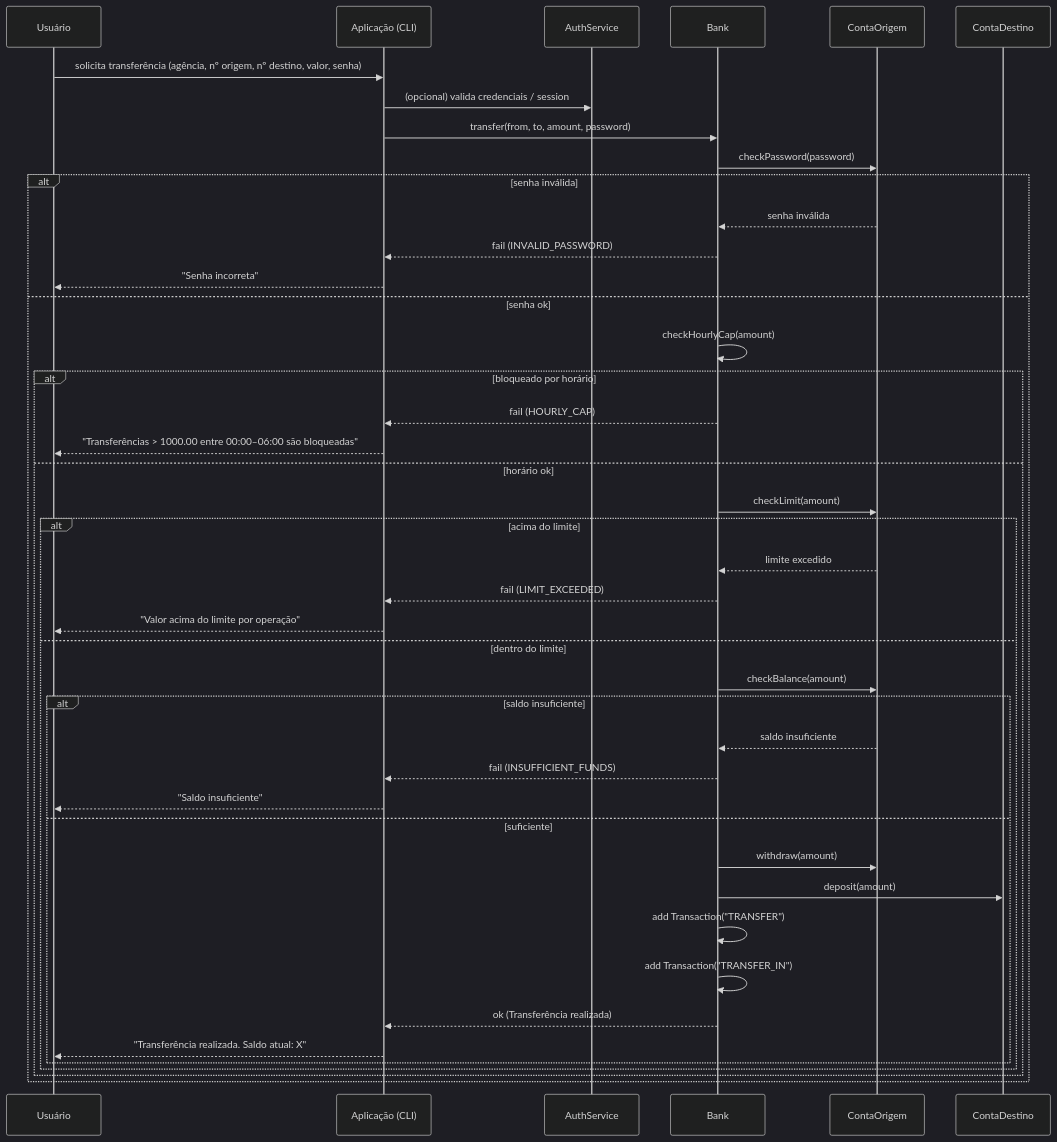
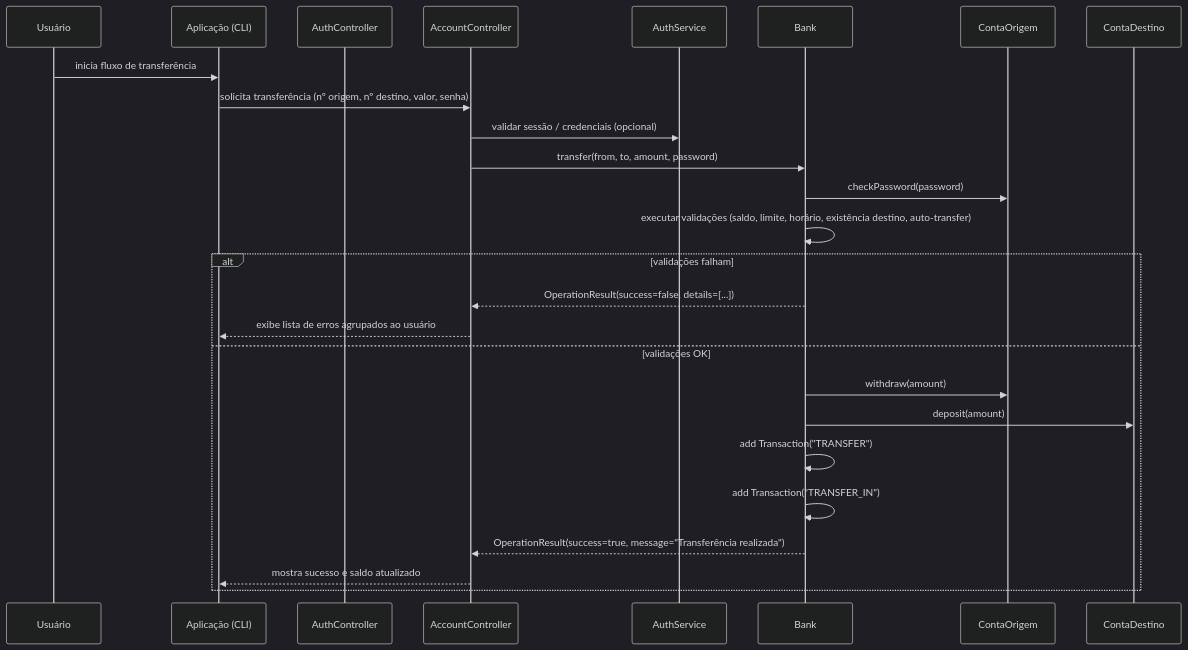
The second of 2 diagrams in README.md (ErickNagao/AppBanco), drawn with Mermaid (dark theme) before and after one commit. The commit also changed other lines of this file, not shown here.

Commit message:
docs: update README with project details

````diff
--- a/README.md
+++ b/README.md
@@ -149,47 +180,29 @@
 ```mermaid
 sequenceDiagram
     participant U as Usuário
     participant App as Aplicação (CLI)
-    participant Auth as AuthService
+    participant AC as AuthController
+    participant C as AccountController
+    participant S as AuthService
     participant B as Bank
     participant From as ContaOrigem
     participant To as ContaDestino
 
-    U->>App: solicita transferência (agência, nº origem, nº destino, valor, senha)
-    App->>Auth: (opcional) valida credenciais / session
-    App->>B: transfer(from, to, amount, password)
+    U->>App: inicia fluxo de transferência
+    App->>C: solicita transferência (nº origem, nº destino, valor, senha)
+    C->>S: validar sessão / credenciais (opcional)
+    C->>B: transfer(from, to, amount, password)
     B->>From: checkPassword(password)
-    alt senha inválida
-        From-->>B: senha inválida
-        B-->>App: fail (INVALID_PASSWORD)
-        App-->>U: "Senha incorreta"
-    else senha ok
-        B->>B: checkHourlyCap(amount)
-        alt bloqueado por horário
-            B-->>App: fail (HOURLY_CAP)
-            App-->>U: "Transferências > 1000.00 entre 00:00–06:00 são bloqueadas"
-        else horário ok
-            B->>From: checkLimit(amount)
-            alt acima do limite
-                From-->>B: limite excedido
-                B-->>App: fail (LIMIT_EXCEEDED)
-                App-->>U: "Valor acima do limite por operação"
-            else dentro do limite
-                B->>From: checkBalance(amount)
-                alt saldo insuficiente
-                    From-->>B: saldo insuficiente
-                    B-->>App: fail (INSUFFICIENT_FUNDS)
-                    App-->>U: "Saldo insuficiente"
-                else suficiente
-                    B->>From: withdraw(amount)
-                    B->>To: deposit(amount)
-                    B->>B: add Transaction("TRANSFER")
-                    B->>B: add Transaction("TRANSFER_IN")
-                    B-->>App: ok (Transferência realizada)
-                    App-->>U: "Transferência realizada. Saldo atual: X"
-                end
-            end
-        end
+    B->>B: executar validações (saldo, limite, horário, existência destino, auto-transfer)
+    alt validações falham
+        B-->>C: OperationResult(success=false, details=[...])
+        C-->>App: exibe lista de erros agrupados ao usuário
+    else validações OK
+        B->>From: withdraw(amount)
+        B->>To: deposit(amount)
+        B->>B: add Transaction("TRANSFER")
+        B->>B: add Transaction("TRANSFER_IN")
+        B-->>C: OperationResult(success=true, message="Transferência realizada")
+        C-->>App: mostra sucesso e saldo atualizado
     end
-
 ```
````
